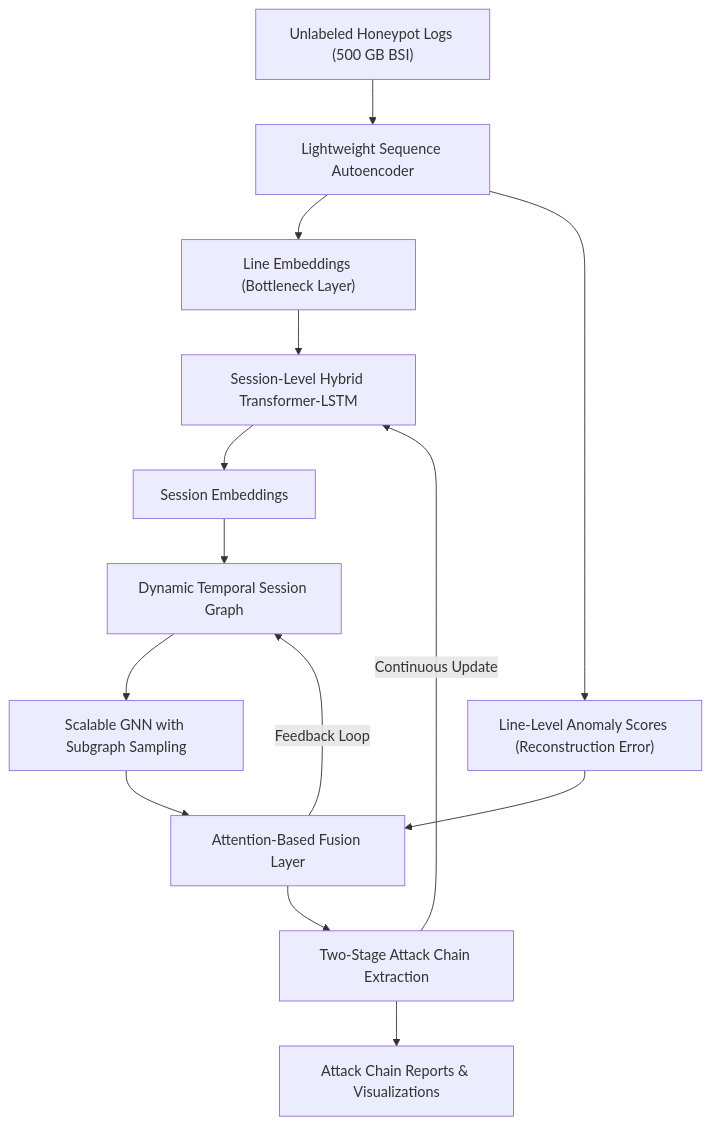
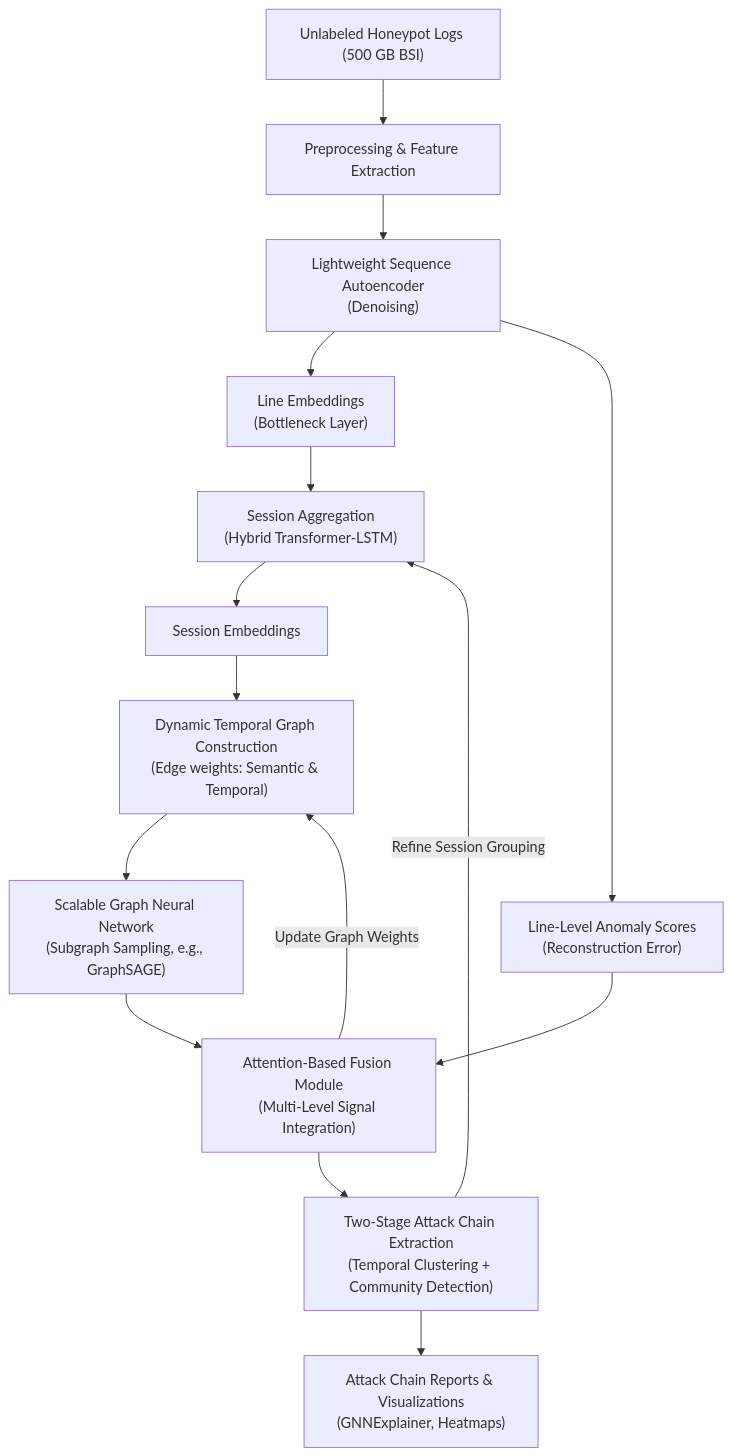
The diagram in docs/documentation/concept1.md (JohannesLks/Thesis), drawn with Mermaid before and after one commit. The commit also changed 1 other file, not shown here.

````diff
--- a/docs/documentation/concept1.md
+++ b/docs/documentation/concept1.md
@@ -67,22 +67,32 @@
 ```mermaid
 graph TD
-  Input["Unlabeled Honeypot Logs (500 GB BSI)"]
-  Input --> Autoencoder["Lightweight Sequence Autoencoder"]
-  
-  Autoencoder --> LineEmbeddings["Line Embeddings (Bottleneck Layer)"]
-  Autoencoder --> LineAnomaly["Line-Level Anomaly Scores (Reconstruction Error)"]
-  
-  LineEmbeddings --> SessionModel["Session-Level Hybrid Transformer-LSTM"]
-  
-  SessionModel --> SessionEmbeddings["Session Embeddings"]
-  SessionEmbeddings --> TemporalGraph["Dynamic Temporal Session Graph"]
-  TemporalGraph --> GNN["Scalable GNN with Subgraph Sampling"]
-  
-  GNN --> Fusion["Attention-Based Fusion Layer"]
-  LineAnomaly --> Fusion
-  
-  Fusion --> AttackChains["Two-Stage Attack Chain Extraction"]
-  AttackChains --> Output["Attack Chain Reports & Visualizations"]
-  Fusion -->|Feedback Loop| TemporalGraph
-  AttackChains -->|Continuous Update| SessionModel
+    A["Unlabeled Honeypot Logs (500 GB BSI)"]
+    B["Preprocessing & Feature Extraction"]
+    C["Lightweight Sequence Autoencoder\n(Denoising)"]
+    D["Line Embeddings\n(Bottleneck Layer)"]
+    E["Line-Level Anomaly Scores\n(Reconstruction Error)"]
+    F["Session Aggregation\n(Hybrid Transformer-LSTM)"]
+    G["Session Embeddings"]
+    H["Dynamic Temporal Graph Construction\n(Edge weights: Semantic & Temporal)"]
+    I["Scalable Graph Neural Network\n(Subgraph Sampling, e.g., GraphSAGE)"]
+    J["Attention-Based Fusion Module\n(Multi-Level Signal Integration)"]
+    K["Two-Stage Attack Chain Extraction\n(Temporal Clustering + Community Detection)"]
+    L["Attack Chain Reports & Visualizations\n(GNNExplainer, Heatmaps)"]
+    
+    A --> B
+    B --> C
+    C --> D
+    C --> E
+    D --> F
+    F --> G
+    G --> H
+    H --> I
+    I --> J
+    E --> J
+    J --> K
+    K --> L
+    
+    %% Feedback loops for continuous adaptation:
+    J -- "Update Graph Weights" --> H
+    K -- "Refine Session Grouping" --> F
 ```
````
